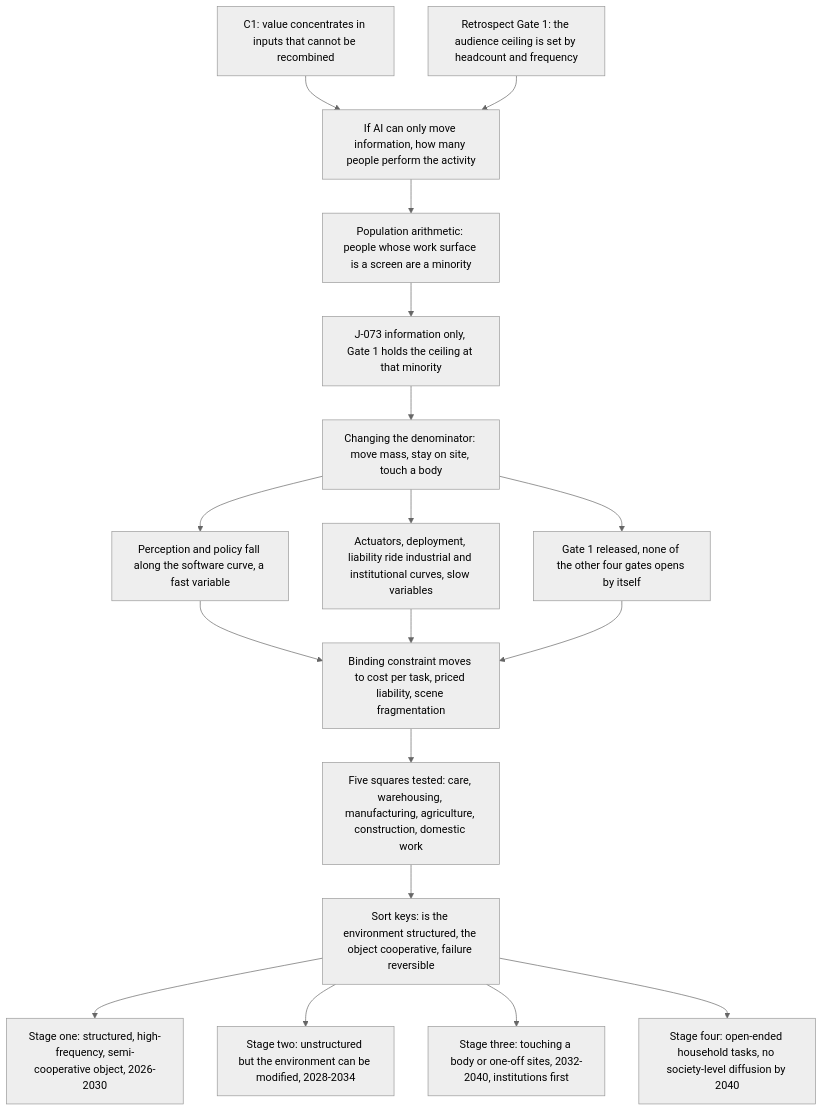
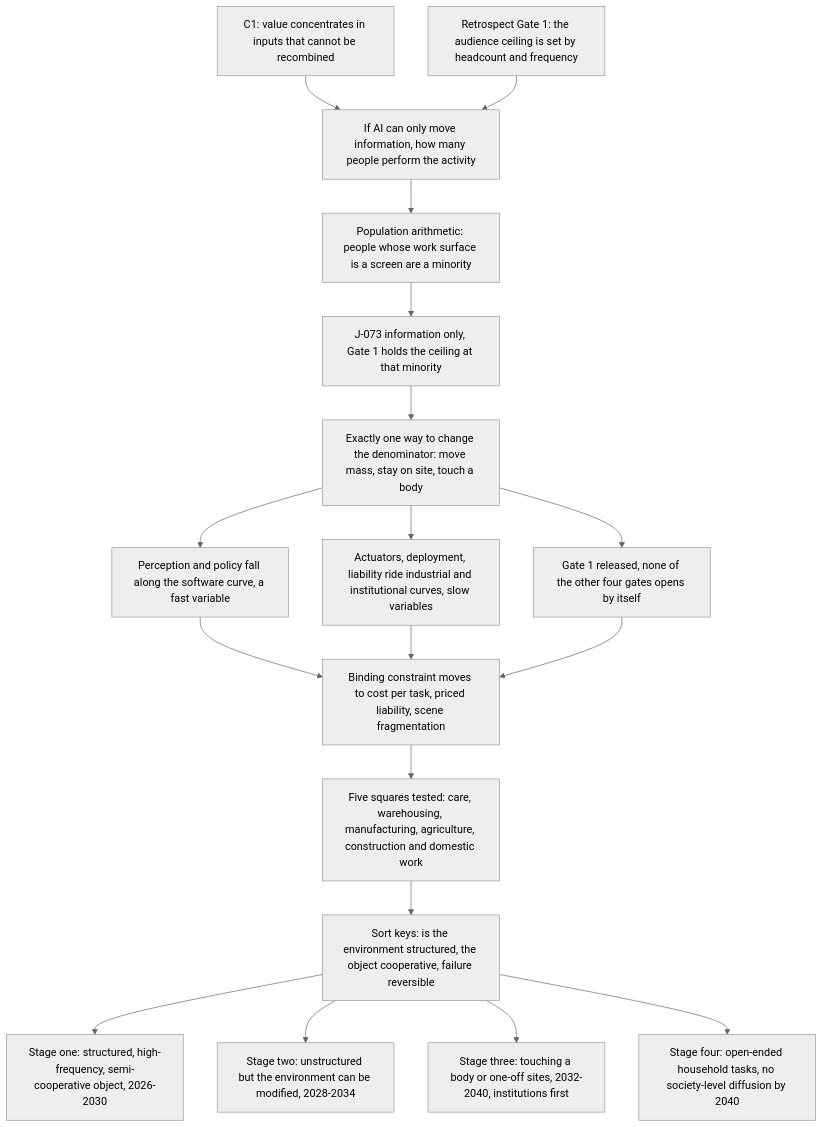
Before and after one commit to SenZhangAI/foresight-by-ai: the first of 2 diagrams in docs/en/chains/40-embodied-intelligence.md, drawn with Mermaid (neutral theme). The commit also changed 11 other files, not shown here.

````diff
--- a/docs/en/chains/40-embodied-intelligence.md
+++ b/docs/en/chains/40-embodied-intelligence.md
@@ -51,20 +51,20 @@
 ```mermaid
 flowchart TD
   GEN["C1: value concentrates in inputs that cannot be recombined"] --> ASK["If AI can only move information, how many people perform the activity"]
   GATE1["Retrospect Gate 1: the audience ceiling is set by headcount and frequency"] --> ASK
   ASK --> POP["Population arithmetic: people whose work surface is a screen are a minority"]
   POP --> CEIL["J-073 information only, Gate 1 holds the ceiling at that minority"]
-  CEIL --> DENOM["Changing the denominator: move mass, stay on site, touch a body"]
+  CEIL --> DENOM["Exactly one way to change the denominator: move mass, stay on site, touch a body"]
   DENOM --> GATES["Gate 1 released, none of the other four gates opens by itself"]
   DENOM --> FAST["Perception and policy fall along the software curve, a fast variable"]
   DENOM --> SLOW["Actuators, deployment, liability ride industrial and institutional curves, slow variables"]
   FAST --> BIND["Binding constraint moves to cost per task, priced liability, scene fragmentation"]
   SLOW --> BIND
   GATES --> BIND
-  BIND --> SCENES["Five squares tested: care, warehousing, manufacturing, agriculture, construction, domestic work"]
+  BIND --> SCENES["Five squares tested: care, warehousing, manufacturing, agriculture, construction and domestic work"]
   SCENES --> KEYS["Sort keys: is the environment structured, the object cooperative, failure reversible"]
   KEYS --> ST1["Stage one: structured, high-frequency, semi-cooperative object, 2026-2030"]
   KEYS --> ST2["Stage two: unstructured but the environment can be modified, 2028-2034"]
   KEYS --> ST3["Stage three: touching a body or one-off sites, 2032-2040, institutions first"]
   KEYS --> ST4["Stage four: open-ended household tasks, no society-level diffusion by 2040"]
 ```
````
